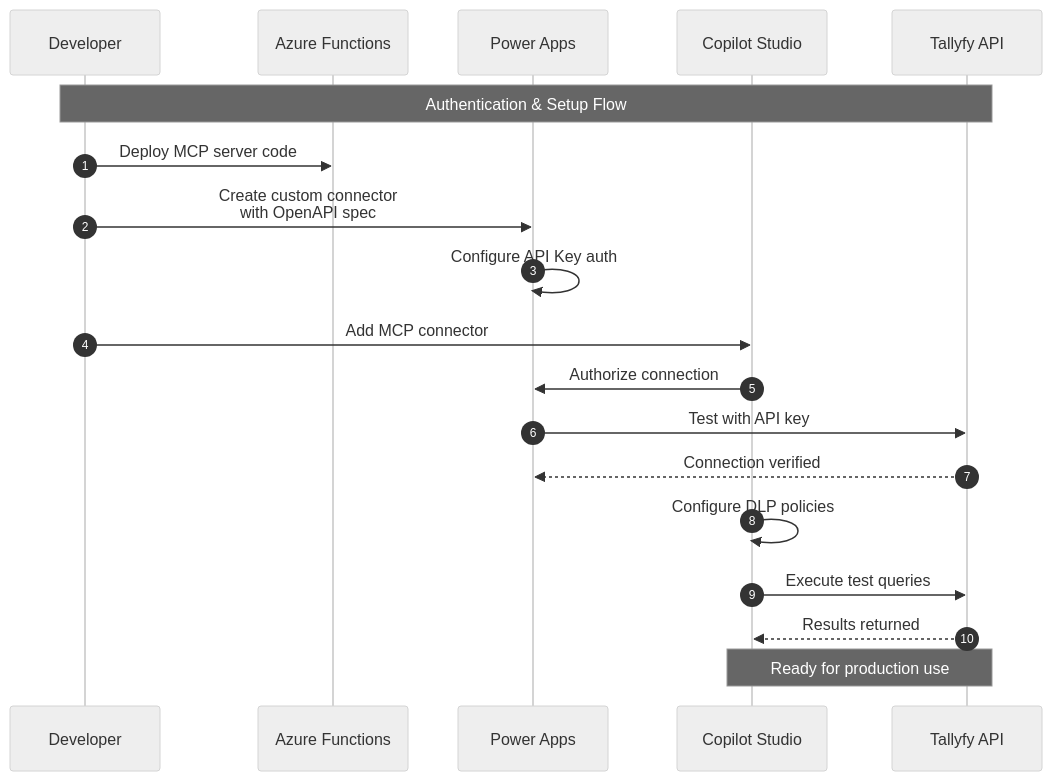
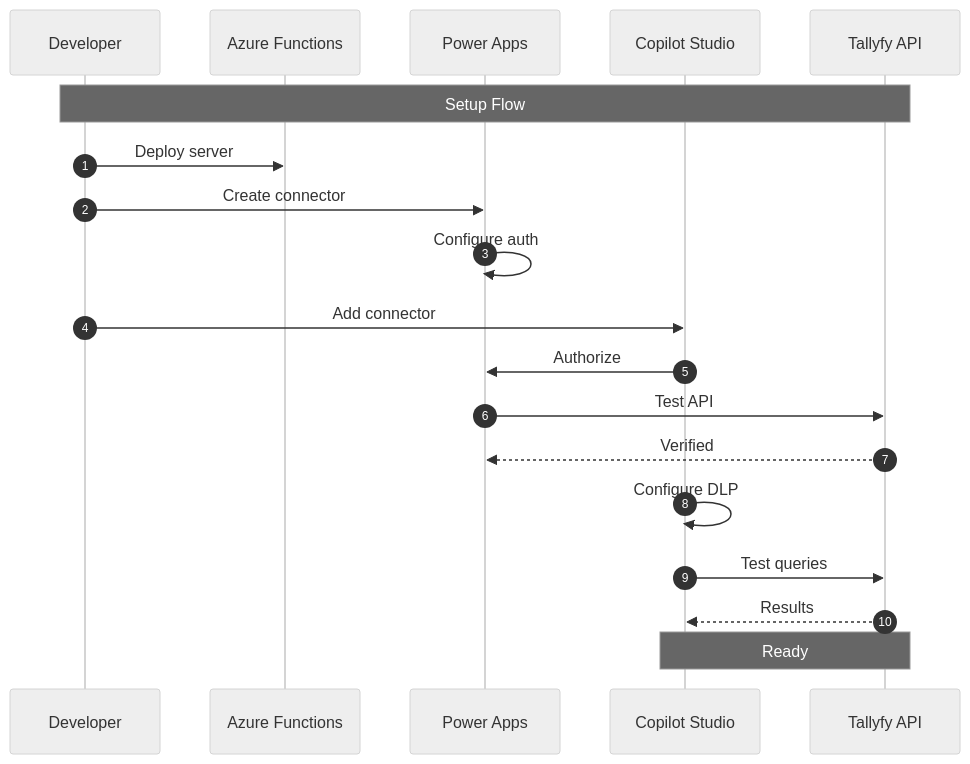
One commit to tallyfy/documentation changed the first of 3 diagrams in src/content/docs/pro/integrations/mcp-server/microsoft-copilot-studio/index.mdx. Above: the diagram before and after it, drawn with Mermaid. The commit also changed other lines of this file and 3 other files, not shown here.

````diff
--- a/src/content/docs/pro/integrations/mcp-server/microsoft-copilot-studio/index.mdx
+++ b/src/content/docs/pro/integrations/mcp-server/microsoft-copilot-studio/index.mdx
@@ -54,25 +54,25 @@
 ```mermaid
 %%{init: {'theme':'neutral'}}%%
 sequenceDiagram
     autonumber
     participant Dev as Developer
     participant Azure as Azure Functions
     participant PA as Power Apps
     participant CS as Copilot Studio
     participant T as Tallyfy API
     
-    Note over Dev,T: Authentication & Setup Flow
+    Note over Dev,T: Setup Flow
     
-    Dev->>Azure: Deploy MCP server code
-    Dev->>PA: Create custom connector<br/>with OpenAPI spec
-    PA->>PA: Configure API Key auth
-    Dev->>CS: Add MCP connector
-    CS->>PA: Authorize connection
-    PA->>T: Test with API key
-    T-->>PA: Connection verified
-    CS->>CS: Configure DLP policies
-    CS->>T: Execute test queries
-    T-->>CS: Results returned
+    Dev->>Azure: Deploy server
+    Dev->>PA: Create connector
+    PA->>PA: Configure auth
+    Dev->>CS: Add connector
+    CS->>PA: Authorize
+    PA->>T: Test API
+    T-->>PA: Verified
+    CS->>CS: Configure DLP
+    CS->>T: Test queries
+    T-->>CS: Results
     
-    Note over CS,T: Ready for production use
+    Note over CS,T: Ready
 ```
````
